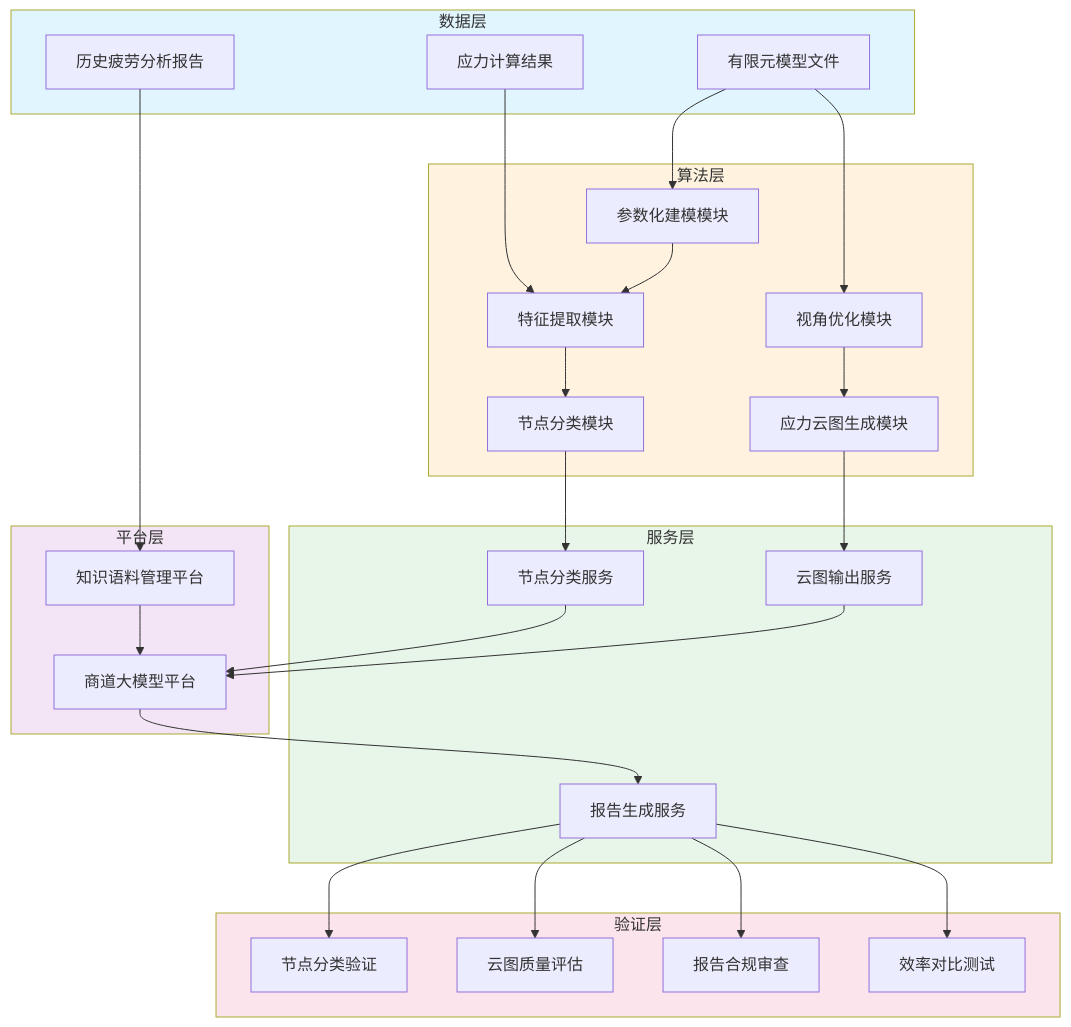
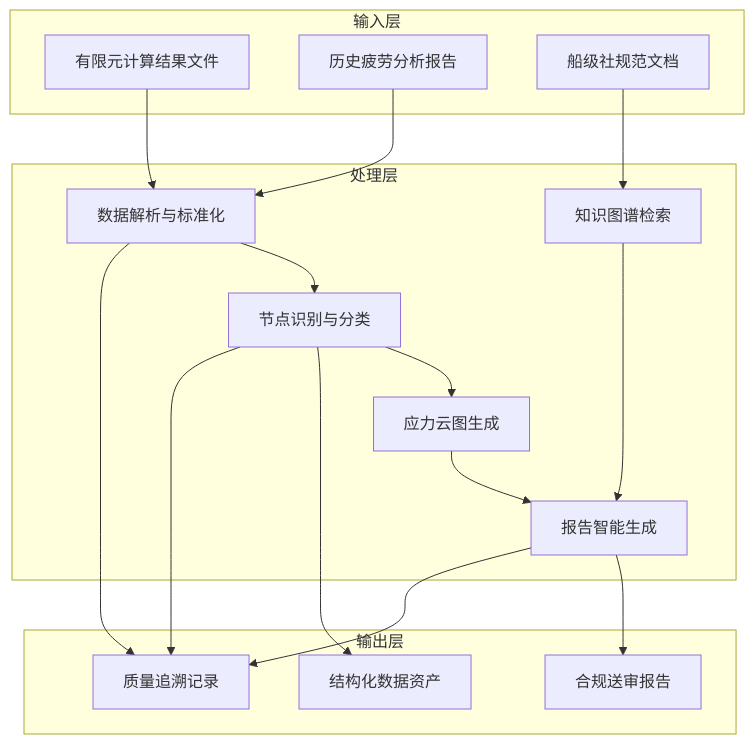
The diagram in generated-drafts/zs-test/ch04-项目建设方案/01-总体目标.md (ffgzz/official-doc-skills), drawn with Mermaid before and after one commit. The commit also changed other lines of this file and 53 other files, not shown here.

````diff
--- a/generated-drafts/zs-test/ch04-项目建设方案/01-总体目标.md
+++ b/generated-drafts/zs-test/ch04-项目建设方案/01-总体目标.md
@@ -19,58 +19,35 @@
 ```mermaid
-graph TB
-    subgraph 数据层["数据层"]
-        A1[有限元模型文件]
-        A2[应力计算结果]
-        A3[历史疲劳分析报告]
+flowchart TB
+    subgraph 输入["输入层"]
+        I1[有限元计算结果文件]
+        I2[历史疲劳分析报告]
+        I3[船级社规范文档]
     end
     
-    subgraph 算法层["算法层"]
-        B1[参数化建模模块]
-        B2[特征提取模块]
-        B3[节点分类模块]
-        B4[视角优化模块]
-        B5[应力云图生成模块]
+    subgraph 过程["处理层"]
+        P1[数据解析与标准化]
+        P2[节点识别与分类]
+        P3[应力云图生成]
+        P4[知识图谱检索]
+        P5[报告智能生成]
     end
     
-    subgraph 服务层["服务层"]
-        C1[节点分类服务]
-        C2[云图输出服务]
-        C3[报告生成服务]
+    subgraph 输出["输出层"]
+        O1[合规送审报告]
+        O2[结构化数据资产]
+        O3[质量追溯记录]
     end
     
-    subgraph 平台层["平台层"]
-        D1[商道大模型平台]
-        D2[知识语料管理平台]
-    end
-    
-    subgraph 验证层["验证层"]
-        E1[节点分类验证]
-        E2[云图质量评估]
-        E3[报告合规审查]
-        E4[效率对比测试]
-    end
-    
-    A1 --> B1
-    A2 --> B2
-    A3 --> D2
-    B1 --> B2
-    B2 --> B3
-    B3 --> C1
-    A1 --> B4
-    B4 --> B5
-    B5 --> C2
-    D2 --> D1
-    C1 --> D1
-    C2 --> D1
-    D1 --> C3
-    C3 --> E1
-    C3 --> E2
-    C3 --> E3
-    C3 --> E4
-    
-    style 数据层 fill:#e1f5fe
-    style 算法层 fill:#fff3e0
-    style 服务层 fill:#e8f5e9
-    style 平台层 fill:#f3e5f5
-    style 验证层 fill:#fce4ec
+    I1 --> P1
+    I2 --> P1
+    I3 --> P4
+    P1 --> P2
+    P2 --> P3
+    P2 --> O2
+    P3 --> P5
+    P4 --> P5
+    P5 --> O1
+    P1 --> O3
+    P2 --> O3
+    P5 --> O3
 ```
````
